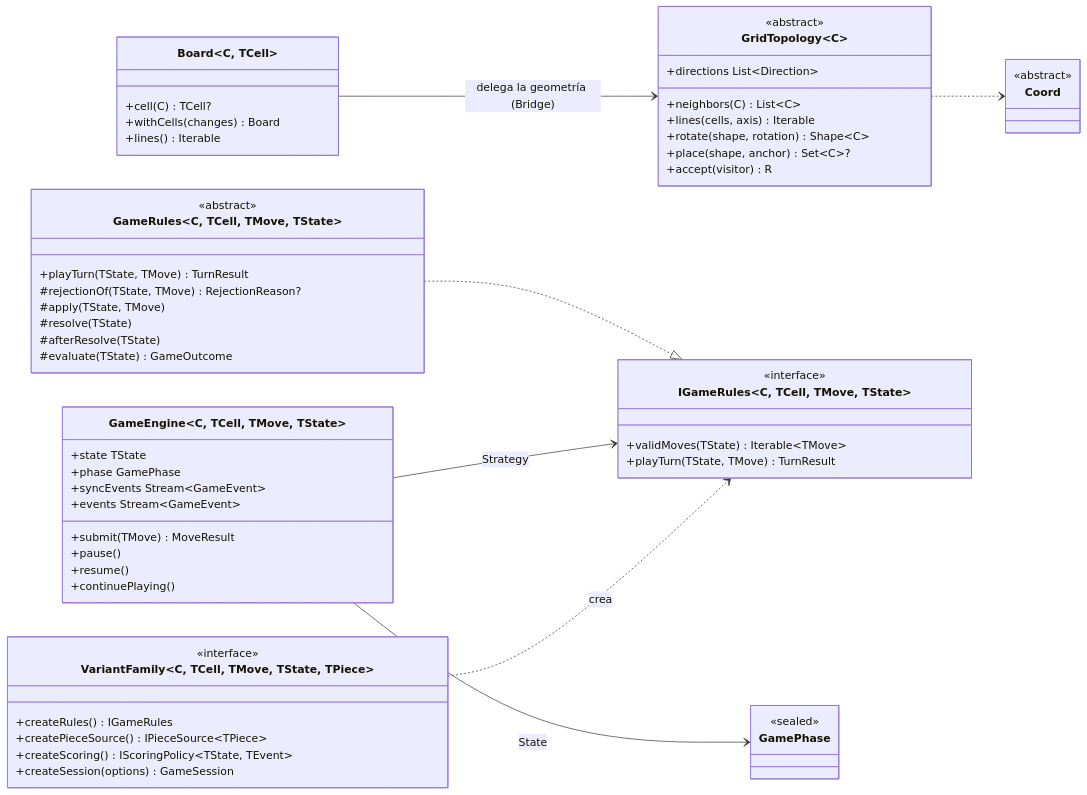
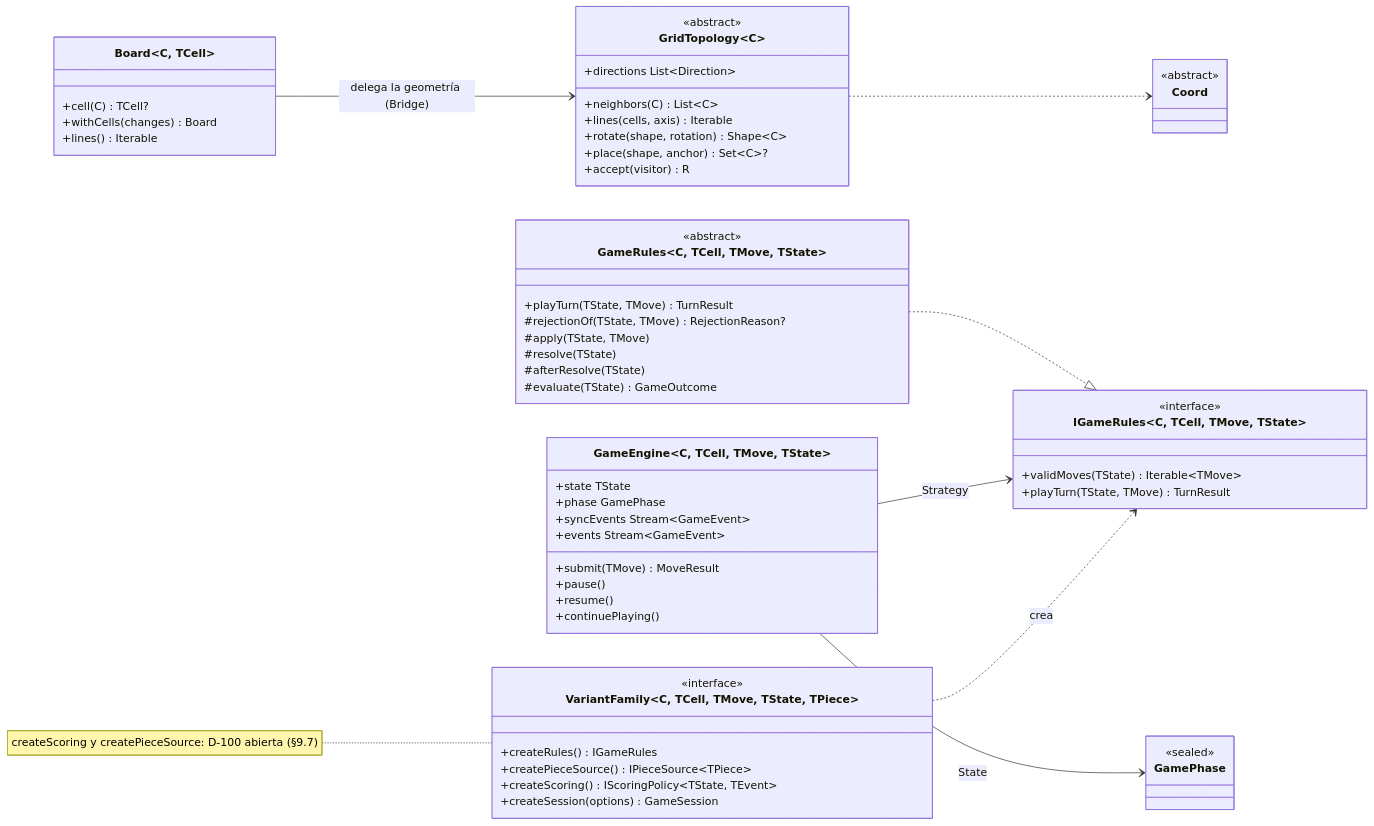
Before and after one commit to DanielHaro28/hexablock-app: the first of 2 diagrams in docs/architecture/ARQ-02-MOTOR.md, drawn with Mermaid. The commit also changed other lines of this file and 15 other files, not shown here.

First line of the commit message:
refactor(engine): apply the architecture review of the strategies

````diff
--- a/docs/architecture/ARQ-02-MOTOR.md
+++ b/docs/architecture/ARQ-02-MOTOR.md
@@ -59,61 +59,62 @@
 ```mermaid
 classDiagram
     direction LR
     class Coord {
       <<abstract>>
     }
     class GridTopology~C~ {
       <<abstract>>
       +neighbors(C) List~C~
       +lines(cells, axis) Iterable
       +directions List~Direction~
       +rotate(shape, rotation) Shape~C~
       +place(shape, anchor) Set~C~?
       +accept(visitor) R
     }
     class Board~C, TCell~ {
       +cell(C) TCell?
       +withCells(changes) Board
       +lines() Iterable
     }
     class IGameRules~C, TCell, TMove, TState~ {
       <<interface>>
       +validMoves(TState) Iterable~TMove~
       +playTurn(TState, TMove) TurnResult
     }
     class GameRules~C, TCell, TMove, TState~ {
       <<abstract>>
       +playTurn(TState, TMove) TurnResult
       #rejectionOf(TState, TMove) RejectionReason?
       #apply(TState, TMove)
       #resolve(TState)
       #afterResolve(TState)
       #evaluate(TState) GameOutcome
     }
     class GameEngine~C, TCell, TMove, TState~ {
       +state TState
       +phase GamePhase
       +syncEvents Stream~GameEvent~
       +events Stream~GameEvent~
       +submit(TMove) MoveResult
       +pause()
       +resume()
       +continuePlaying()
     }
     class GamePhase {
       <<sealed>>
     }
     class VariantFamily~C, TCell, TMove, TState, TPiece~ {
       <<interface>>
       +createRules() IGameRules
       +createPieceSource() IPieceSource~TPiece~
       +createScoring() IScoringPolicy~TState, TEvent~
       +createSession(options) GameSession
     }
     Board --> GridTopology : delega la geometría (Bridge)
     GridTopology ..> Coord
     GameRules ..|> IGameRules
     GameEngine --> IGameRules : Strategy
     GameEngine --> GamePhase : State
     VariantFamily ..> IGameRules : crea
+    note for VariantFamily "createScoring y createPieceSource: D-100 abierta (§9.7)"
 ```
````
